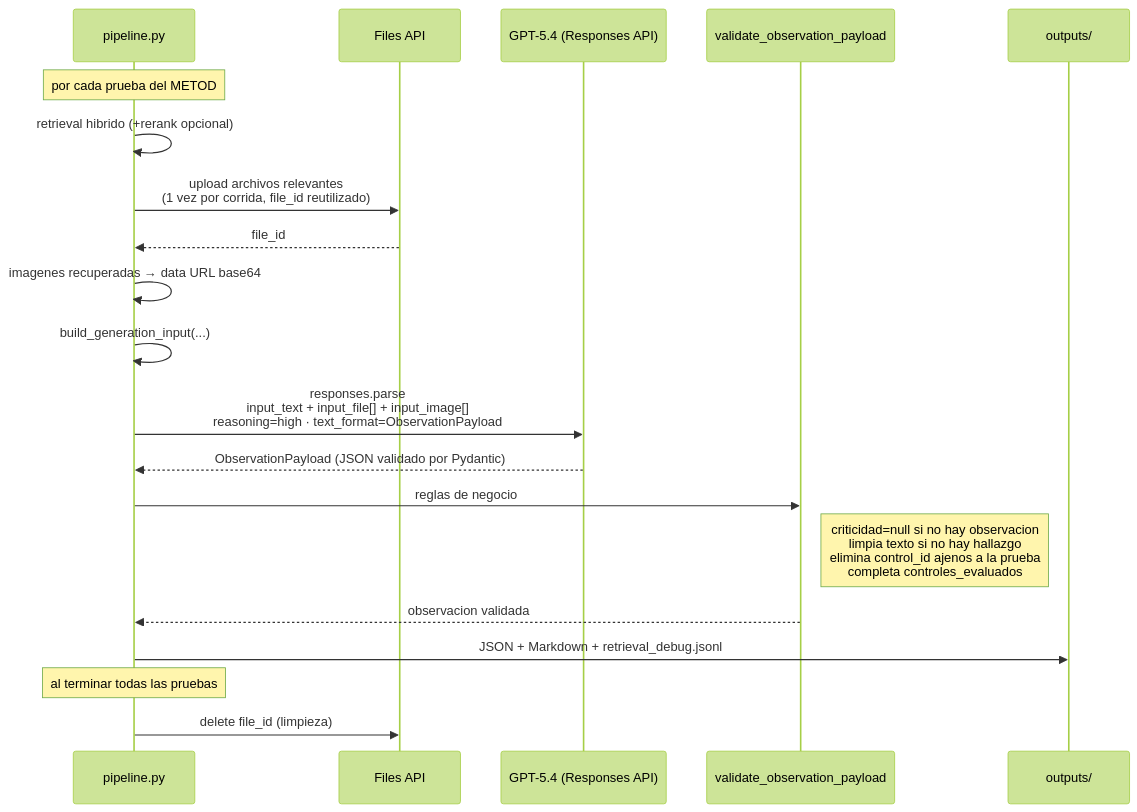
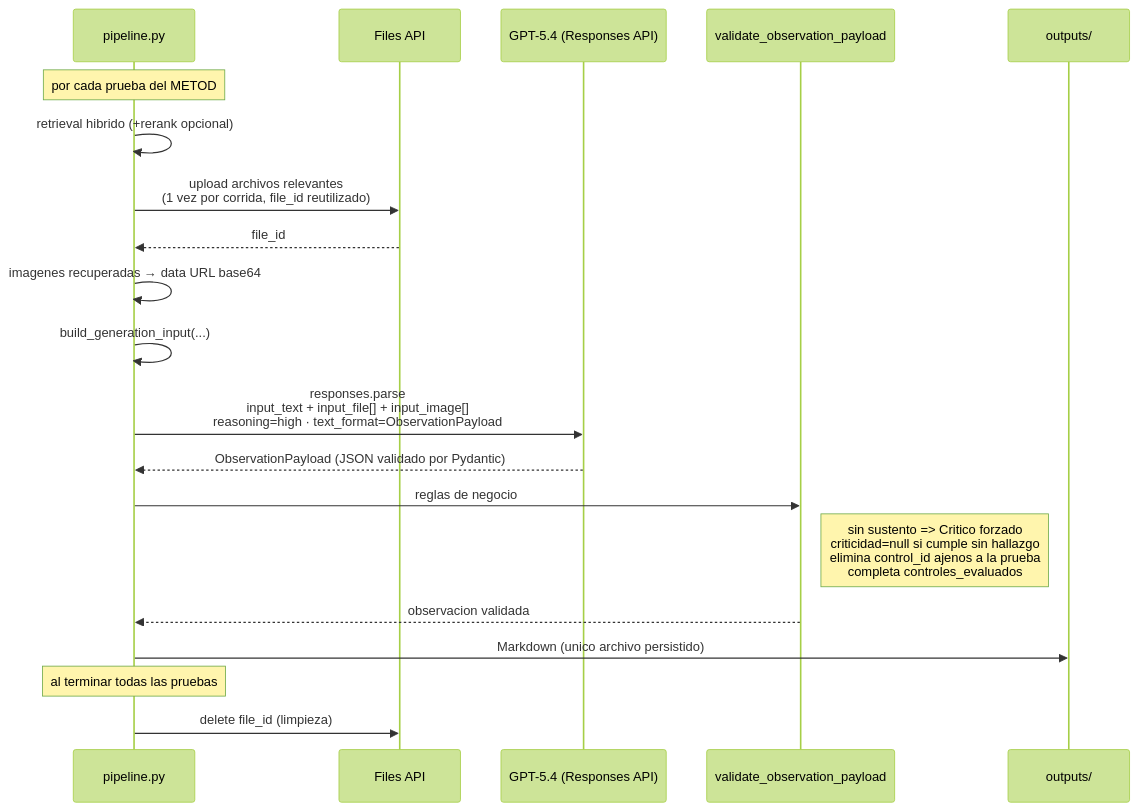
Before and after one commit to JosephChomboM/rag-observation-assistant: the fourth of 4 diagrams in ARCHITECTURE.md, drawn with Mermaid (forest theme). The commit also changed other lines of this file and 7 other files, not shown here.

````diff
--- a/ARCHITECTURE.md
+++ b/ARCHITECTURE.md
@@ -272,28 +273,28 @@
 ```mermaid
 sequenceDiagram
     participant P as pipeline.py
     participant F as Files API
     participant M as GPT-5.4 (Responses API)
     participant V as validate_observation_payload
     participant O as outputs/
 
     Note over P: por cada prueba del METOD
 
     P->>P: retrieval hibrido (+rerank opcional)
     P->>F: upload archivos relevantes<br/>(1 vez por corrida, file_id reutilizado)
     F-->>P: file_id
     P->>P: imagenes recuperadas → data URL base64
     P->>P: build_generation_input(...)
 
     P->>M: responses.parse<br/>input_text + input_file[] + input_image[]<br/>reasoning=high · text_format=ObservationPayload
     M-->>P: ObservationPayload (JSON validado por Pydantic)
 
     P->>V: reglas de negocio
-    Note right of V: criticidad=null si no hay observacion<br/>limpia texto si no hay hallazgo<br/>elimina control_id ajenos a la prueba<br/>completa controles_evaluados
+    Note right of V: sin sustento => Critico forzado<br/>criticidad=null si cumple sin hallazgo<br/>elimina control_id ajenos a la prueba<br/>completa controles_evaluados
 
     V-->>P: observacion validada
-    P->>O: JSON + Markdown + retrieval_debug.jsonl
+    P->>O: Markdown (unico archivo persistido)
 
     Note over P: al terminar todas las pruebas
     P->>F: delete file_id (limpieza)
 ```
````
